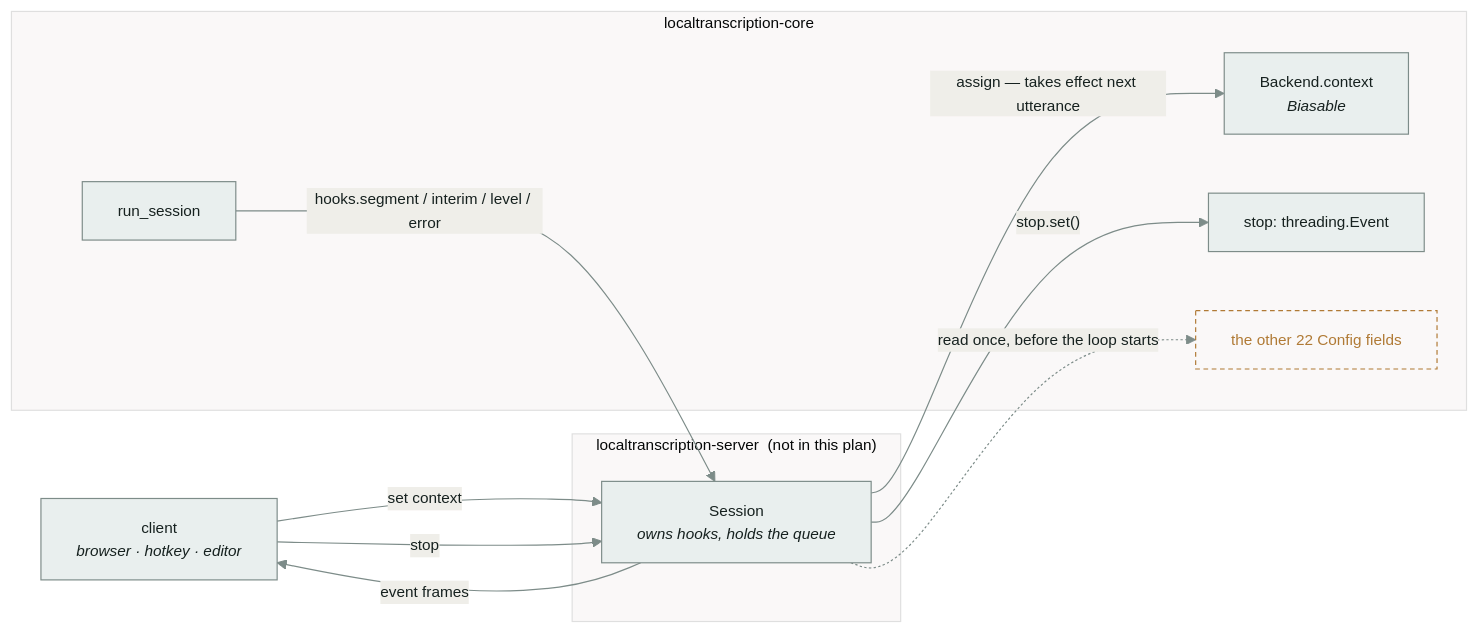
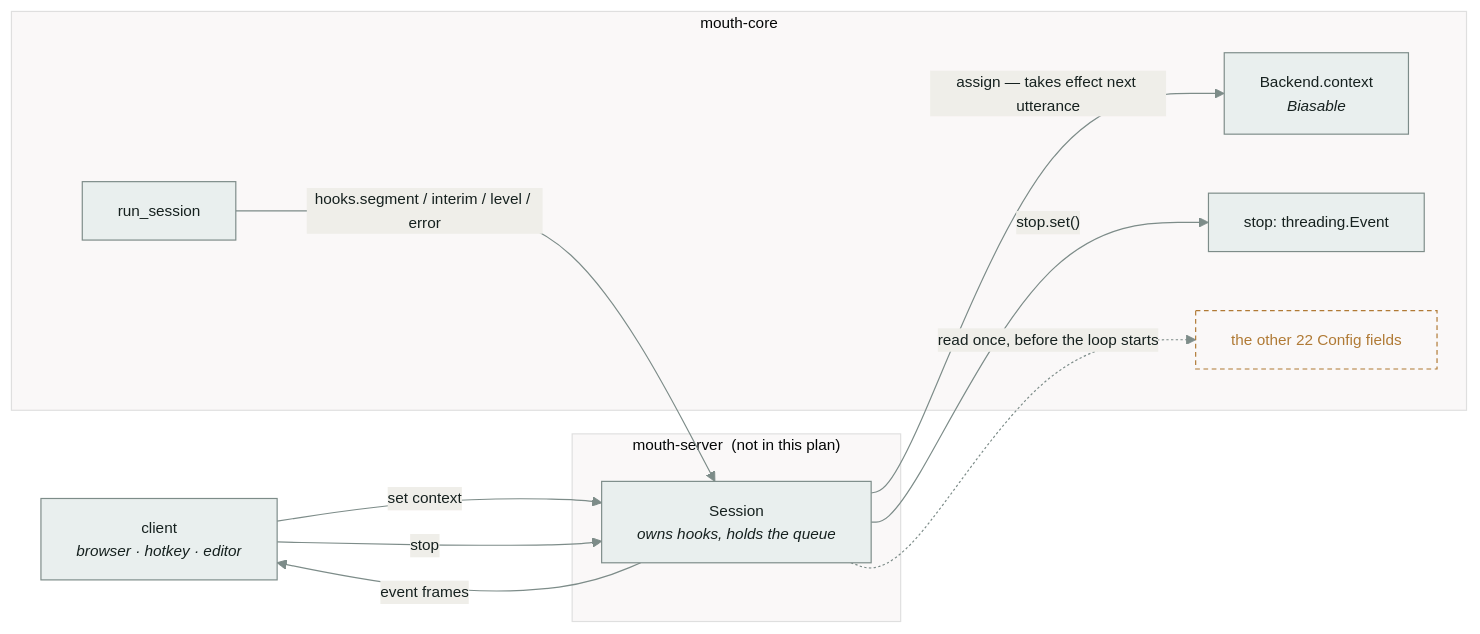
Before and after one commit to apostolos-geyer/mouth: the second of 2 diagrams in docs/plans/2026-08-21-uv-workspace.md, drawn with Mermaid. The commit also changed other lines of this file and 26 other files, not shown here.

````diff
--- a/docs/plans/2026-08-21-uv-workspace.md
+++ b/docs/plans/2026-08-21-uv-workspace.md
@@ -527,27 +527,27 @@
 ```mermaid
 %%{init: {"theme":"base","themeVariables":{"primaryColor":"#e9efee","primaryTextColor":"#16211f","primaryBorderColor":"#7d8c89","lineColor":"#7d8c89","fontFamily":"IBM Plex Mono, ui-monospace, monospace","fontSize":"13px"}}}%%
 graph LR
     client["client<br/><i>browser · hotkey · editor</i>"]
 
-    subgraph server["localtranscription-server &nbsp;(not in this plan)"]
+    subgraph server["mouth-server &nbsp;(not in this plan)"]
       sess["Session<br/><i>owns hooks, holds the queue</i>"]
     end
 
-    subgraph core["localtranscription-core"]
+    subgraph core["mouth-core"]
       ctx["Backend.context<br/><i>Biasable</i>"]
       stop["stop: threading.Event"]
       run["run_session"]
       cfg["the other 22 Config fields"]
     end
 
     client -->|"set context"| sess
     sess -->|"assign — takes effect next utterance"| ctx
     client -->|"stop"| sess
     sess -->|"stop.set()"| stop
     run -->|"hooks.segment / interim / level / error"| sess
     sess -->|"event frames"| client
     sess -.->|"read once, before the loop starts"| cfg
 
     classDef cold fill:none,stroke:#b07a35,stroke-dasharray:4 3,color:#b07a35;
     class cfg cold;
 ```
````
